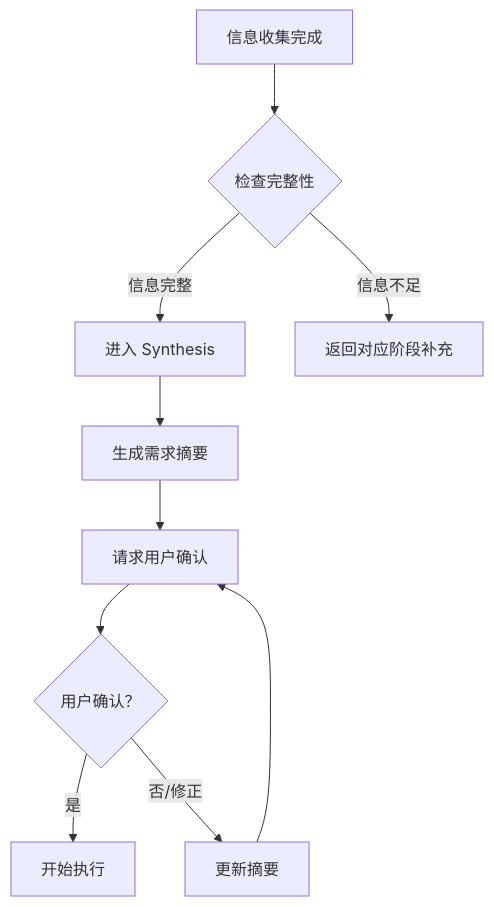
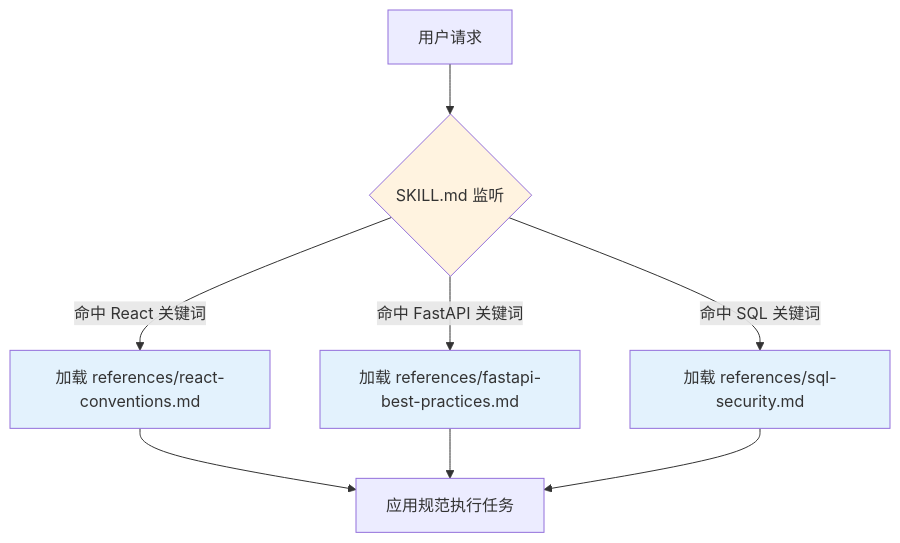
One commit to JackSmith111977/Knowledge-Base changed the first of 6 diagrams in Tech/AI/SKILL/Google 5 种设计模式核心知识体系.md. Above: the diagram before and after it, drawn with Mermaid. The commit also changed other lines of this file and 10 other files, not shown here.

````diff
--- a/Tech/AI/SKILL/Google 5 种设计模式核心知识体系.md
+++ b/Tech/AI/SKILL/Google 5 种设计模式核心知识体系.md
@@ -595,15 +171,15 @@
 ```mermaid
 flowchart TD
-    A[信息收集完成] --> B{检查完整性}
+    A[用户请求] --> B{SKILL.md 监听}
+    B -->|命中 React 关键词 | C[加载 references/react-conventions.md]
+    B -->|命中 FastAPI 关键词 | D[加载 references/fastapi-best-practices.md]
+    B -->|命中 SQL 关键词 | E[加载 references/sql-security.md]
+    C --> F[应用规范执行任务]
+    D --> F
+    E --> F
     
-    B -->|信息完整 | C[进入 Synthesis]
-    B -->|信息不足 | D[返回对应阶段补充]
-    
-    C --> E[生成需求摘要]
-    E --> F[请求用户确认]
-    
-    F --> G{用户确认？}
-    G -->|是 | H[开始执行]
-    G -->|否/修正 | I[更新摘要]
-    I --> F
+    style B fill:#fff3e0
+    style C fill:#e3f2fd
+    style D fill:#e3f2fd
+    style E fill:#e3f2fd
 ```
````
